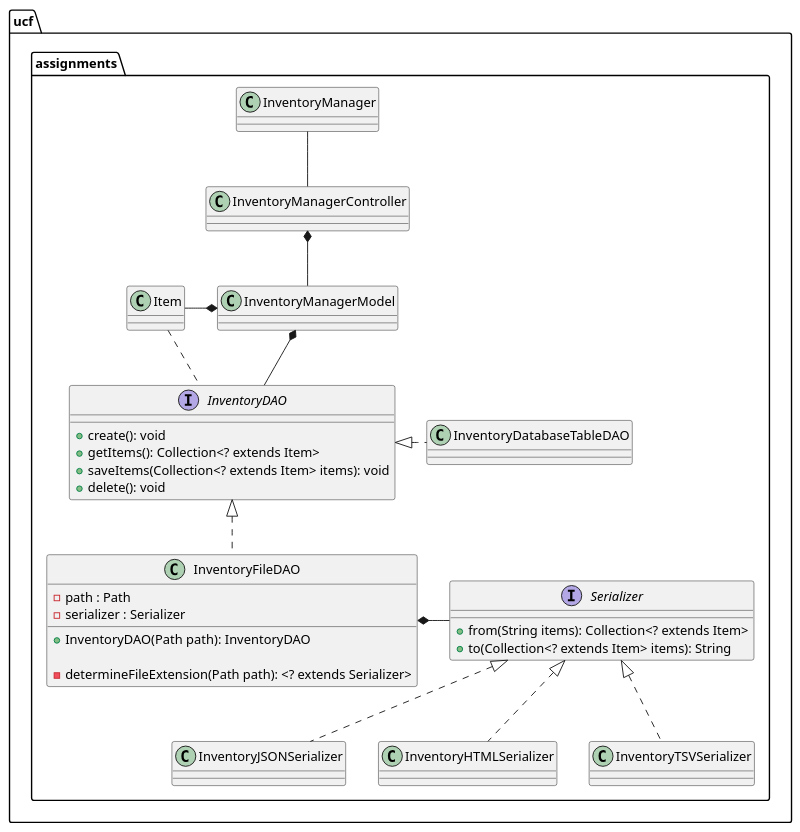
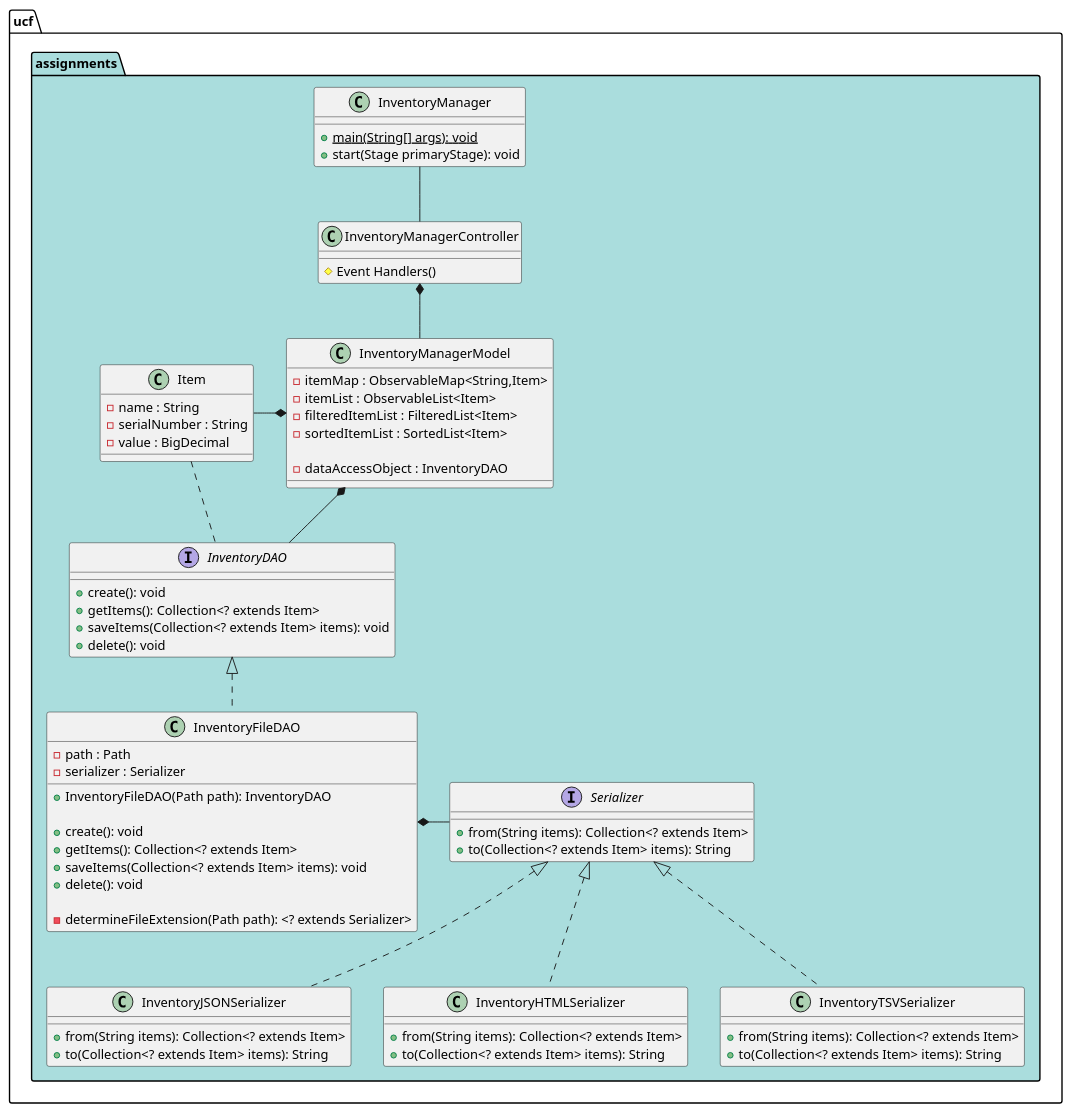
Before and after one commit to xera51/gray-4709-a5: the diagram in uml/ClassDiagram.puml, drawn with PlantUML.

Commit message:
Class Diagram

```diff
--- a/uml/ClassDiagram.puml
+++ b/uml/ClassDiagram.puml
@@ -1,71 +1,82 @@
 @startuml
 
-package ucf.assignments {
+package ucf.assignments #ADD {
 
     class InventoryManager {
-
+        + {static} main(String[] args): void
+        + start(Stage primaryStage): void
     }
 
     interface Serializer {
         + from(String items): Collection<? extends Item>
         + to(Collection<? extends Item> items): String
     }
 
     class InventoryJSONSerializer {
-
+        + from(String items): Collection<? extends Item>
+        + to(Collection<? extends Item> items): String
     }
 
     class InventoryHTMLSerializer {
-
+        + from(String items): Collection<? extends Item>
+        + to(Collection<? extends Item> items): String
     }
 
     class InventoryTSVSerializer {
-
+        + from(String items): Collection<? extends Item>
+        + to(Collection<? extends Item> items): String
     }
 
     class InventoryManagerModel {
+        - itemMap : ObservableMap<String,Item>
+        - itemList : ObservableList<Item>
+        - filteredItemList : FilteredList<Item>
+        - sortedItemList : SortedList<Item>
 
+        - dataAccessObject : InventoryDAO
     }
 
     class Item {
-
+        - name : String
+        - serialNumber : String
+        - value : BigDecimal
     }
 
     class InventoryManagerController {
-
+         # Event Handlers()
     }
 
     interface InventoryDAO {
         + create(): void
         + getItems(): Collection<? extends Item>
         + saveItems(Collection<? extends Item> items): void
         + delete(): void
     }
 
     class InventoryFileDAO {
         - path : Path
         - serializer : Serializer
 
-        + InventoryDAO(Path path): InventoryDAO
+        + InventoryFileDAO(Path path): InventoryDAO
+
+        + create(): void
+        + getItems(): Collection<? extends Item>
+        + saveItems(Collection<? extends Item> items): void
+        + delete(): void
 
         - determineFileExtension(Path path): <? extends Serializer>
-    }
-
-    class InventoryDatabaseTableDAO {
-
     }
 }
 
 InventoryManager -- InventoryManagerController
 InventoryManagerController *-- InventoryManagerModel
 InventoryManagerModel *-- InventoryDAO
 Item -* InventoryManagerModel
 InventoryFileDAO *- Serializer
 Serializer <|.. InventoryJSONSerializer
 Serializer <|.. InventoryHTMLSerializer
 Serializer <|.. InventoryTSVSerializer
 InventoryDAO <|.. InventoryFileDAO
-InventoryDAO <|. InventoryDatabaseTableDAO
 Item .. InventoryDAO
 
 @enduml
```
